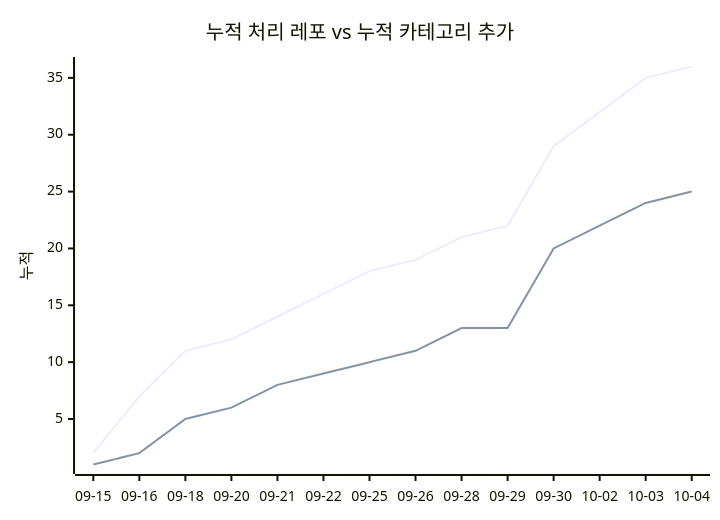
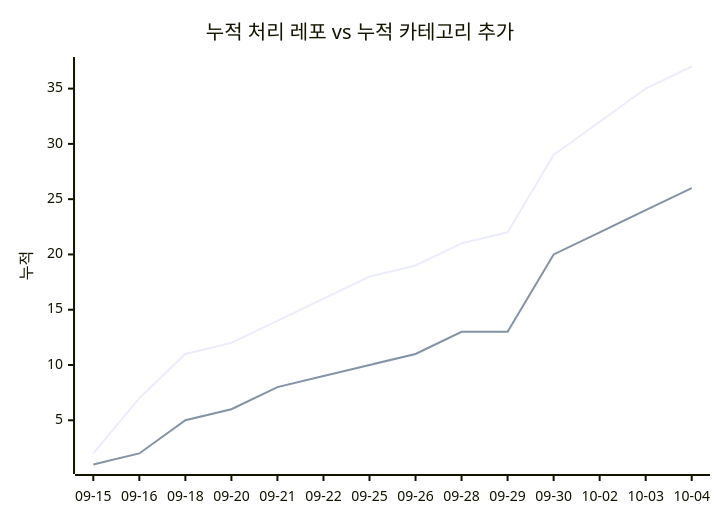
One commit to J-nowcow/awesome-korean-agent-skills changed the second of 2 diagrams in docs/trends.md. Above: the diagram before and after it, drawn with Mermaid. The commit also changed other lines of this file and 3 other files, not shown here.

````diff
--- a/docs/trends.md
+++ b/docs/trends.md
@@ -68,8 +68,8 @@
 ```mermaid
 xychart-beta
     title "누적 처리 레포 vs 누적 카테고리 추가"
     x-axis ["09-15","09-16","09-18","09-20","09-21","09-22","09-25","09-26","09-28","09-29","09-30","10-02","10-03","10-04"]
     y-axis "누적"
-    line [2,7,11,12,14,16,18,19,21,22,29,32,35,36]
-    line [1,2,5,6,8,9,10,11,13,13,20,22,24,25]
+    line [2,7,11,12,14,16,18,19,21,22,29,32,35,37]
+    line [1,2,5,6,8,9,10,11,13,13,20,22,24,26]
 ```
````
